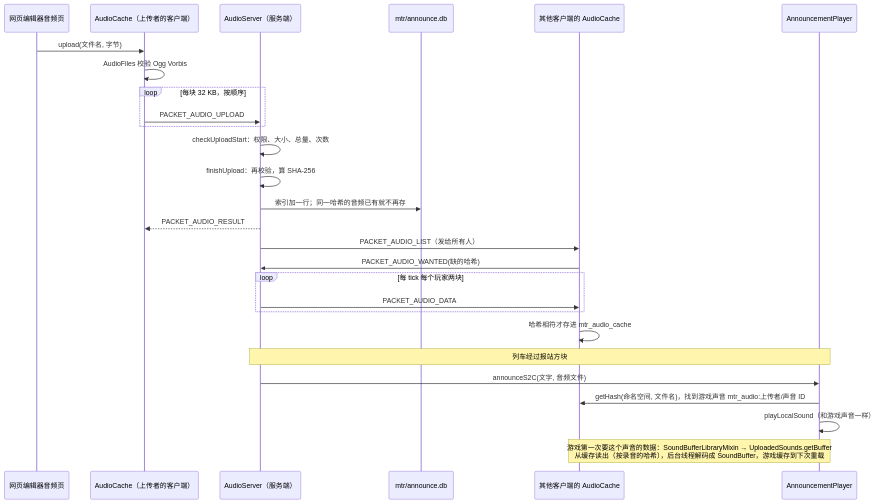
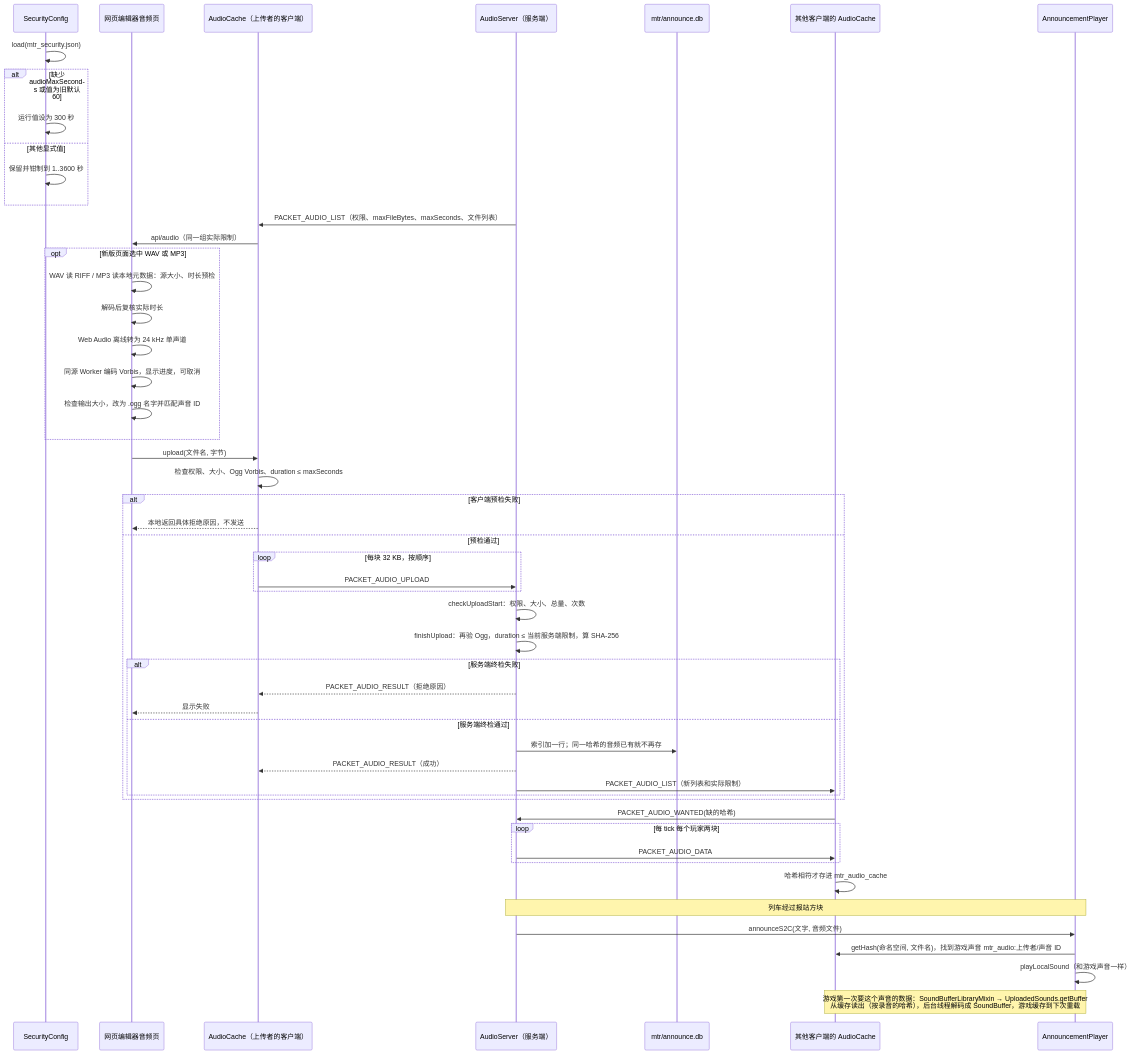
Diagram 15 of 15 in MTR-代码说明与流程.md (MitsuhaQuQ/MTR_advanced), drawn with Mermaid before and after one commit. The commit also changed other lines of this file and 81 other files, not shown here.

````diff
--- a/MTR-代码说明与流程.md
+++ b/MTR-代码说明与流程.md
@@ -1575,29 +1600,54 @@
 ```mermaid
 sequenceDiagram
+    participant SC as SecurityConfig
     participant Ed as 网页编辑器音频页
     participant AC as AudioCache（上传者的客户端）
     participant AS as AudioServer（服务端）
     participant DB as mtr/announce.db
     participant OC as 其他客户端的 AudioCache
     participant AP as AnnouncementPlayer
+    SC->>SC: load(mtr_security.json)
+    alt 缺少 audioMaxSeconds 或值为旧默认 60
+        SC->>SC: 运行值设为 300 秒
+    else 其他显式值
+        SC->>SC: 保留并钳制到 1..3600 秒
+    end
+    AS->>AC: PACKET_AUDIO_LIST（权限、maxFileBytes、maxSeconds、文件列表）
+    AC->>Ed: api/audio（同一组实际限制）
+    opt 新版页面选中 WAV 或 MP3
+        Ed->>Ed: WAV 读 RIFF / MP3 读本地元数据：源大小、时长预检
+        Ed->>Ed: 解码后复核实际时长
+        Ed->>Ed: Web Audio 离线转为 24 kHz 单声道
+        Ed->>Ed: 同源 Worker 编码 Vorbis，显示进度，可取消
+        Ed->>Ed: 检查输出大小，改为 .ogg 名字并匹配声音 ID
+    end
     Ed->>AC: upload(文件名, 字节)
-    AC->>AC: AudioFiles 校验 Ogg Vorbis
-    loop 每块 32 KB，按顺序
-        AC->>AS: PACKET_AUDIO_UPLOAD
+    AC->>AC: 检查权限、大小、Ogg Vorbis、duration ≤ maxSeconds
+    alt 客户端预检失败
+        AC-->>Ed: 本地返回具体拒绝原因，不发送
+    else 预检通过
+        loop 每块 32 KB，按顺序
+            AC->>AS: PACKET_AUDIO_UPLOAD
+        end
+        AS->>AS: checkUploadStart：权限、大小、总量、次数
+        AS->>AS: finishUpload：再验 Ogg，duration ≤ 当前服务端限制，算 SHA-256
+        alt 服务端终检失败
+            AS-->>AC: PACKET_AUDIO_RESULT（拒绝原因）
+            AC-->>Ed: 显示失败
+        else 服务端终检通过
+            AS->>DB: 索引加一行；同一哈希的音频已有就不再存
+            AS-->>AC: PACKET_AUDIO_RESULT（成功）
+            AS->>OC: PACKET_AUDIO_LIST（新列表和实际限制）
+        end
     end
-    AS->>AS: checkUploadStart：权限、大小、总量、次数
-    AS->>AS: finishUpload：再校验，算 SHA-256
-    AS->>DB: 索引加一行；同一哈希的音频已有就不再存
-    AS-->>AC: PACKET_AUDIO_RESULT
-    AS->>OC: PACKET_AUDIO_LIST（发给所有人）
     OC->>AS: PACKET_AUDIO_WANTED(缺的哈希)
     loop 每 tick 每个玩家两块
         AS->>OC: PACKET_AUDIO_DATA
     end
     OC->>OC: 哈希相符才存进 mtr_audio_cache
     Note over AS,AP: 列车经过报站方块
     AS->>AP: announceS2C(文字, 音频文件)
     AP->>OC: getHash(命名空间, 文件名)，找到游戏声音 mtr_audio:上传者/声音 ID
     AP->>AP: playLocalSound（和游戏声音一样）
     Note over AP,OC: 游戏第一次要这个声音的数据：SoundBufferLibraryMixin → UploadedSounds.getBuffer<br/>从缓存读出（按录音的哈希），后台线程解码成 SoundBuffer，游戏缓存到下次重载
 ```
````
